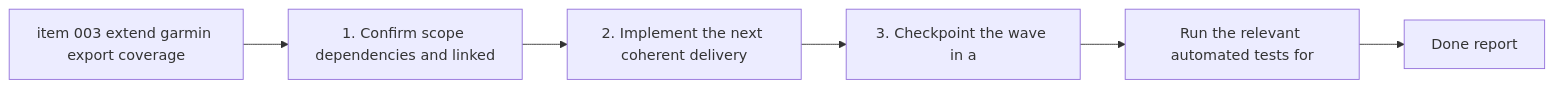
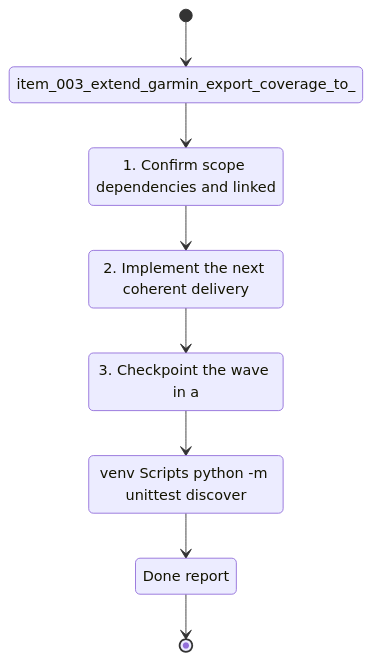
The diagram in logics/tasks/task_003_extend_garmin_export_coverage_to_the_full_initial_data_surface.md (Jilanos/Coach_garmin), drawn with Mermaid before and after one commit. The commit also changed other lines of this file and 86 other files, not shown here.

Commit message:
Harden chart UX and UTF-8 handling

````diff
--- a/logics/tasks/task_003_extend_garmin_export_coverage_to_the_full_initial_data_surface.md
+++ b/logics/tasks/task_003_extend_garmin_export_coverage_to_the_full_initial_data_surface.md
@@ -20,10 +21,18 @@
 ```mermaid
 %% logics-kind: task
-%% logics-signature: task|extend-garmin-export-coverage-to-the-ful|item-003-extend-garmin-export-coverage|1-confirm-scope-dependencies-and-linked|run-the-relevant-automated-tests-for
-flowchart LR
-    Backlog[item 003 extend garmin export coverage] --> Step1[1. Confirm scope dependencies and linked]
-    Step1 --> Step2[2. Implement the next coherent delivery]
-    Step2 --> Step3[3. Checkpoint the wave in a]
-    Step3 --> Validation[Run the relevant automated tests for]
-    Validation --> Report[Done report]
+%% logics-signature: task|extend-garmin-export-coverage-to-the-ful|item-003-extend-garmin-export-coverage-t|1-confirm-scope-dependencies-and-linked|venv-scripts-python-m-unittest-discover
+stateDiagram-v2
+    state "item_003_extend_garmin_export_coverage_to_" as Backlog
+    state "1. Confirm scope dependencies and linked" as Scope
+    state "2. Implement the next coherent delivery" as Build
+    state "3. Checkpoint the wave in a" as Verify
+    state "venv Scripts python -m unittest discover" as Validation
+    state "Done report" as Report
+    [*] --> Backlog
+    Backlog --> Scope
+    Scope --> Build
+    Build --> Verify
+    Verify --> Validation
+    Validation --> Report
+    Report --> [*]
 ```
````
